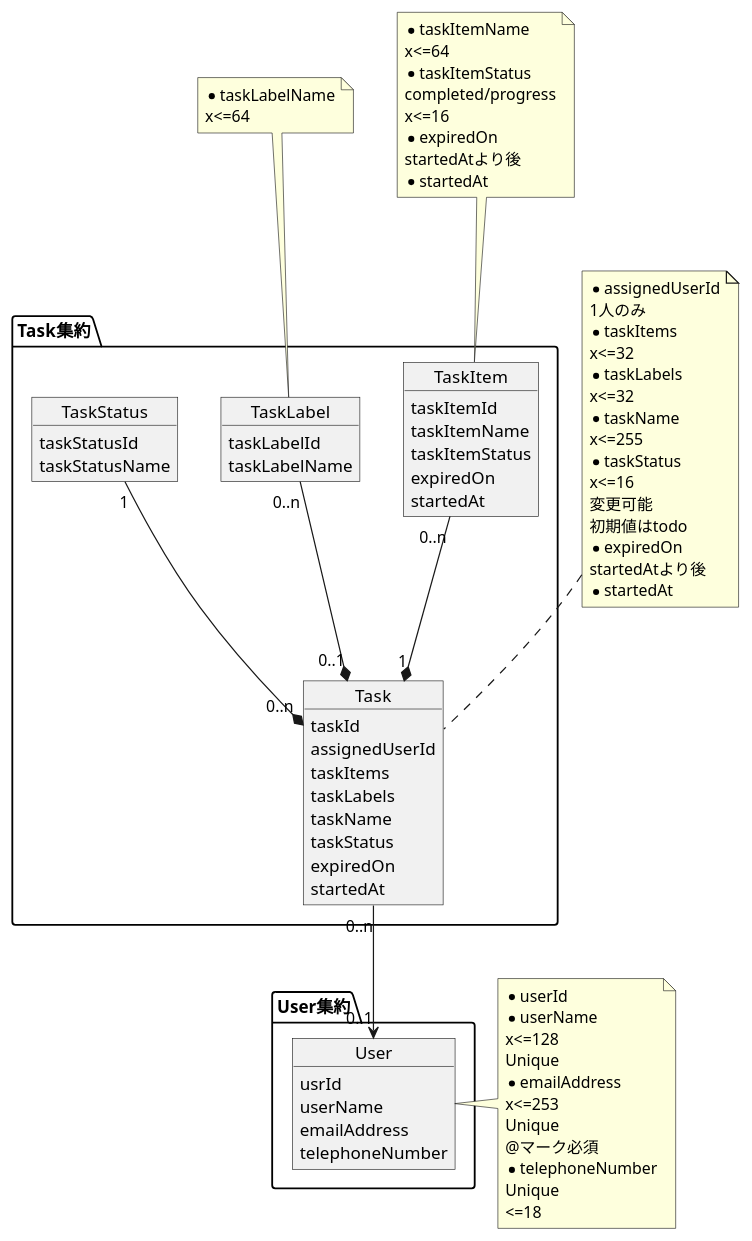
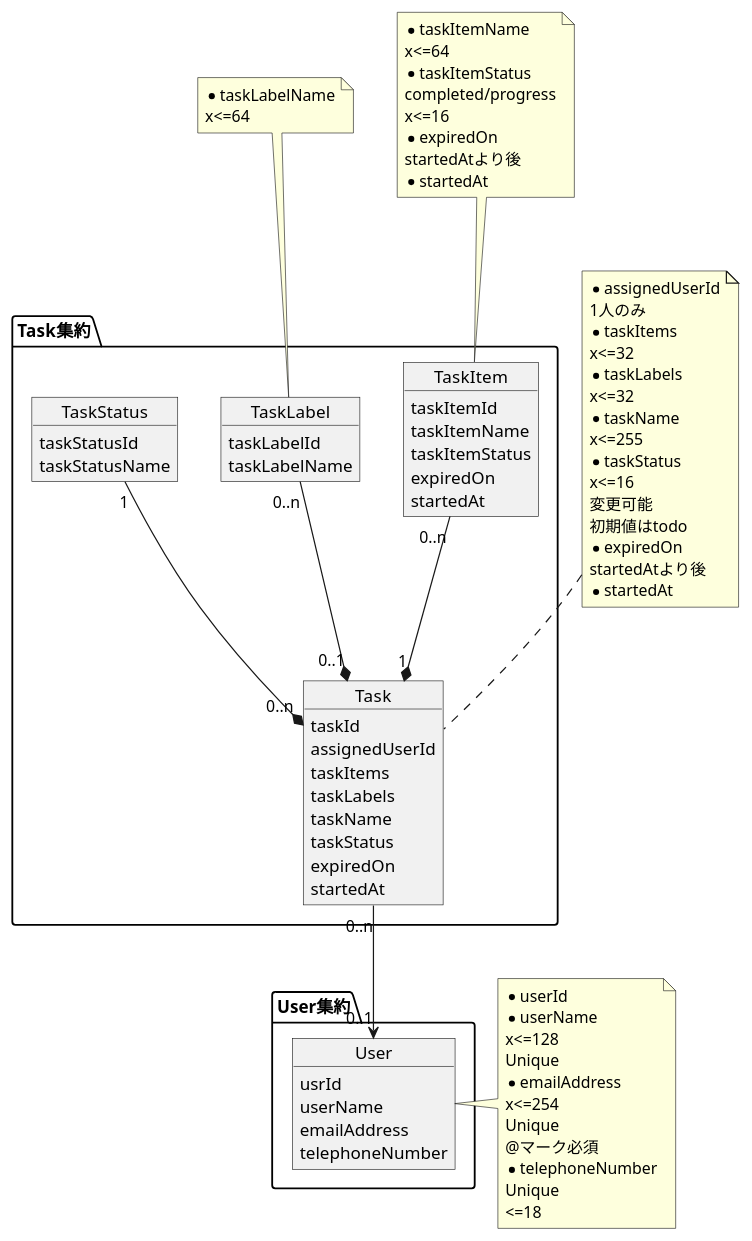
The diagram in doc/domain-model.pu (akima1001/task-management), drawn with PlantUML before and after one commit. The commit also changed 1 other file, not shown here.

```diff
--- a/doc/domain-model.pu
+++ b/doc/domain-model.pu
@@ -1,89 +1,89 @@
 @startuml domain-model
 
 package Task集約 {
     object Task {
         taskId
         assignedUserId
         taskItems
         taskLabels
         taskName
         taskStatus
         expiredOn
         startedAt
     }
     object TaskItem {
         taskItemId 
         taskItemName
         taskItemStatus
         expiredOn
         startedAt
     }
     object TaskLabel {
         taskLabelId
         taskLabelName
     }
     object TaskStatus {
         taskStatusId
         taskStatusName
     }
 }
 package User集約 {
     object User {
         usrId
         userName
         emailAddress
         telephoneNumber
     }
 }
 
 note top of Task
     * assignedUserId
     1人のみ
     * taskItems
     x<=32
     * taskLabels
     x<=32
     * taskName
     x<=255
     * taskStatus
     x<=16
     変更可能
     初期値はtodo
     * expiredOn
     startedAtより後
     * startedAt
 end note
 note right of User
     * userId
     * userName
     x<=128
     Unique
     * emailAddress
-    x<=253
+    x<=254
     Unique
     @マーク必須
     * telephoneNumber
     Unique
     <=18
 end note
 note top of TaskLabel
     * taskLabelName
     x<=64
 end note
 note top of TaskItem
     * taskItemName
     x<=64
     * taskItemStatus
     completed/progress
     x<=16
     * expiredOn
     startedAtより後
     * startedAt
 end note
 
 Task "0..n" --> "0..1" User
 TaskItem "0..n" --* "1" Task
 TaskLabel "0..n" --* "0..1" Task
 TaskStatus "1" --* "0..n" Task
 
 @enduml
```
